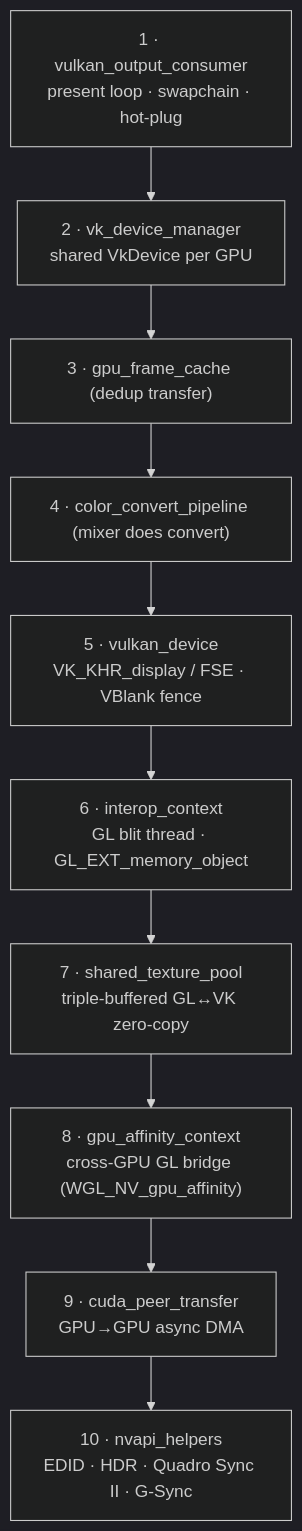
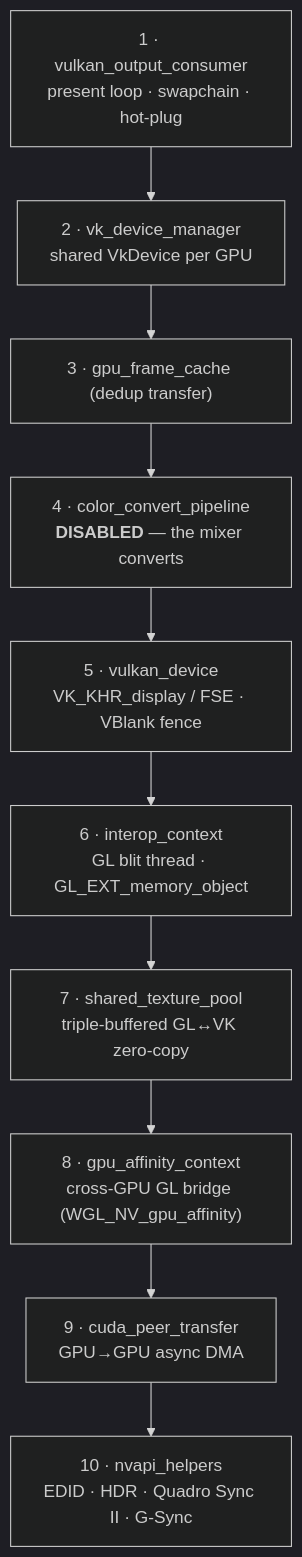
One commit to C-alcaide/server changed the diagram in docs/architecture/VULKAN_OUTPUT.md. Above: the diagram before and after it, drawn with Mermaid (dark theme). The commit also changed other lines of this file, not shown here.

````diff
--- a/docs/architecture/VULKAN_OUTPUT.md
+++ b/docs/architecture/VULKAN_OUTPUT.md
@@ -85,12 +85,12 @@
 ```mermaid
 flowchart TB
     A["1 · vulkan_output_consumer<br/>present loop · swapchain · hot-plug"] --> B["2 · vk_device_manager<br/>shared VkDevice per GPU"]
     B --> C["3 · gpu_frame_cache (dedup transfer)"]
-    C --> D["4 · color_convert_pipeline (mixer does convert)"]
+    C --> D["4 · color_convert_pipeline<br/><b>DISABLED</b> — the mixer converts"]
     D --> E["5 · vulkan_device<br/>VK_KHR_display / FSE · VBlank fence"]
     E --> F["6 · interop_context<br/>GL blit thread · GL_EXT_memory_object"]
     F --> G["7 · shared_texture_pool<br/>triple-buffered GL↔VK zero-copy"]
     G --> H["8 · gpu_affinity_context<br/>cross-GPU GL bridge (WGL_NV_gpu_affinity)"]
     H --> I["9 · cuda_peer_transfer<br/>GPU→GPU async DMA"]
     I --> J["10 · nvapi_helpers<br/>EDID · HDR · Quadro Sync II · G-Sync"]
 ```
````
